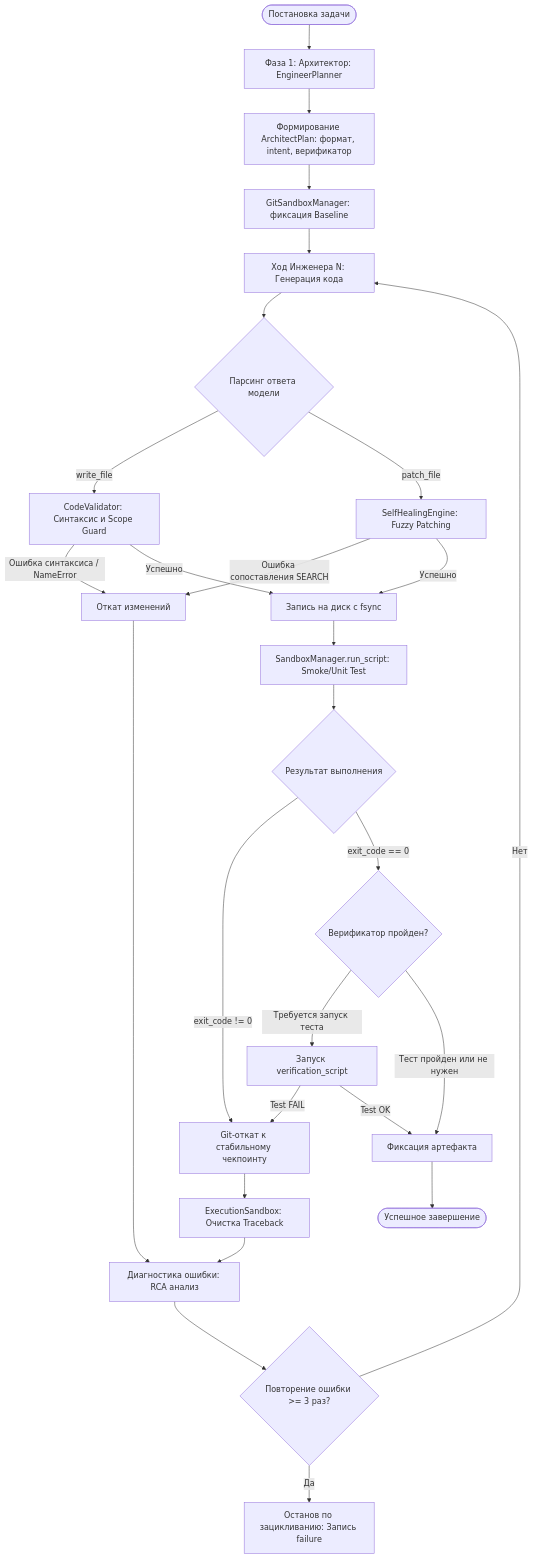
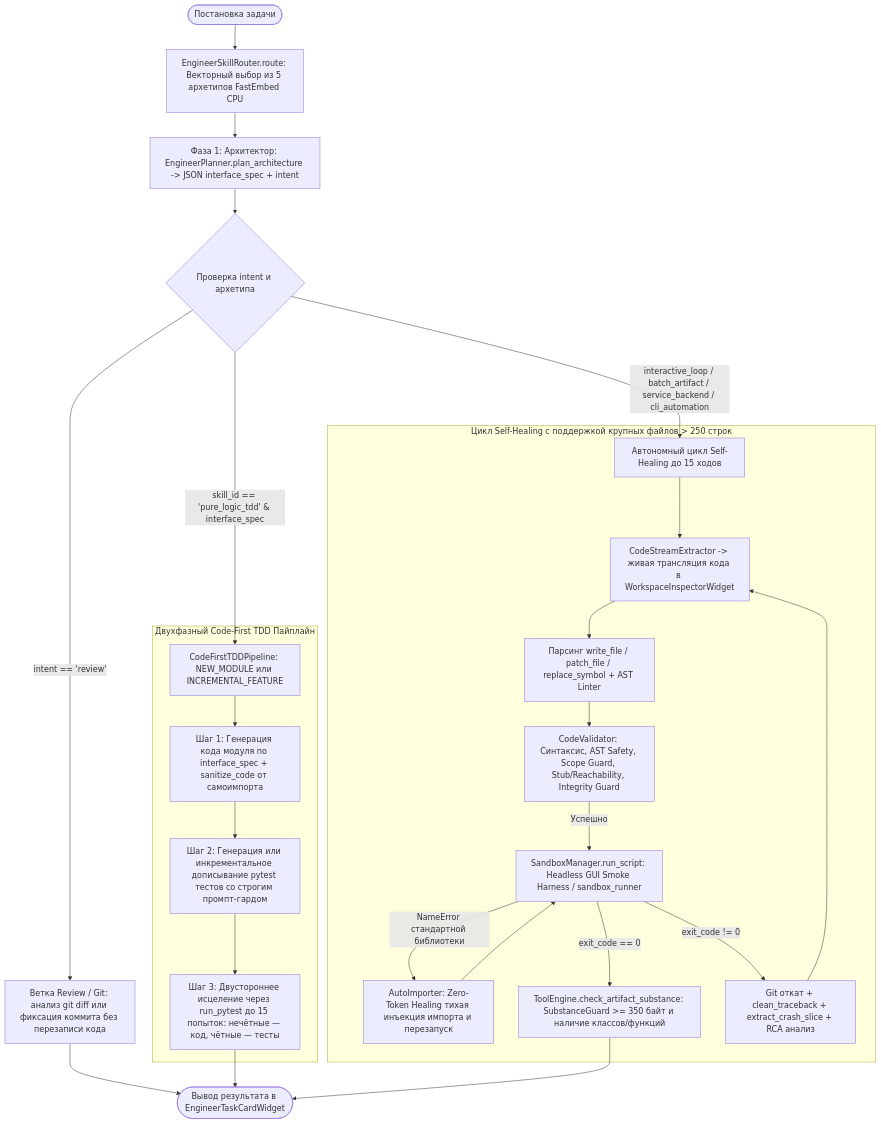
The fourth of 4 diagrams in knowledge_base/architecture.md (ZabotaOblizkih/NeonRoute), drawn with Mermaid before and after one commit. The commit also changed other lines of this file and 136 other files, not shown here.

````diff
--- a/knowledge_base/architecture.md
+++ b/knowledge_base/architecture.md
@@ -472,36 +522,32 @@
 ```mermaid
 flowchart TD
-    Start([Постановка задачи]) --> ArchPhase[Фаза 1: Архитектор: EngineerPlanner]
-    ArchPhase --> ArchPlan[Формирование ArchitectPlan: формат, intent, верификатор]
-    ArchPlan --> GitBase[GitSandboxManager: фиксация Baseline]
-    GitBase --> EngTurn[Ход Инженера N: Генерация кода]
-    
-    EngTurn --> ParseTool{Парсинг ответа модели}
-    ParseTool -->|write_file| SyntaxCheck[CodeValidator: Синтаксис и Scope Guard]
-    ParseTool -->|patch_file| PatchCheck[SelfHealingEngine: Fuzzy Patching]
-    
-    SyntaxCheck -->|Ошибка синтаксиса / NameError| Rollback1[Откат изменений]
-    PatchCheck -->|Ошибка сопоставления SEARCH| Rollback1
-    Rollback1 --> EnrichErr[Диагностика ошибки: RCA анализ]
-    EnrichErr --> LoopCheck{Повторение ошибки >= 3 раз?}
-    LoopCheck -->|Да| LoopHalt[Останов по зацикливанию: Запись failure]
-    LoopCheck -->|Нет| EngTurn
+    Start([Постановка задачи]) --> SkillRoute[EngineerSkillRouter.route: Векторный выбор из 5 архетипов FastEmbed CPU]
+    SkillRoute --> ArchPhase[Фаза 1: Архитектор: EngineerPlanner.plan_architecture -> JSON interface_spec + intent]
+    ArchPhase --> IntentCheck{Проверка intent и архетипа}
 
-    SyntaxCheck -->|Успешно| ApplyDisk[Запись на диск с fsync]
-    PatchCheck -->|Успешно| ApplyDisk
-    
-    ApplyDisk --> RunScript[SandboxManager.run_script: Smoke/Unit Test]
-    RunScript --> ExecResult{Результат выполнения}
-    
-    ExecResult -->|exit_code != 0| Rollback2[Git-откат к стабильному чекпоинту]
-    Rollback2 --> TracebackPrune[ExecutionSandbox: Очистка Traceback]
-    TracebackPrune --> EnrichErr
-    
-    ExecResult -->|exit_code == 0| VerifyContract{Верификатор пройден?}
-    VerifyContract -->|Требуется запуск теста| RunTest[Запуск verification_script]
-    RunTest -->|Test FAIL| Rollback2
-    RunTest -->|Test OK| FinalArtifact[Фиксация артефакта]
-    VerifyContract -->|Тест пройден или не нужен| FinalArtifact
-    
-    FinalArtifact --> Done([Успешное завершение])
+    IntentCheck -->|intent == 'review'| ReviewBranch[Ветка Review / Git: анализ git diff или фиксация коммита без перезаписи кода]
+    IntentCheck -->|skill_id == 'pure_logic_tdd' & interface_spec| TDDBranch[CodeFirstTDDPipeline: NEW_MODULE или INCREMENTAL_FEATURE]
+    IntentCheck -->|interactive_loop / batch_artifact / service_backend / cli_automation| LoopBranch[Автономный цикл Self-Healing до 15 ходов]
+
+    subgraph TDD [Двухфазный Code-First TDD Пайплайн]
+        TDDBranch --> TDDStep1[Шаг 1: Генерация кода модуля по interface_spec + sanitize_code от самоимпорта]
+        TDDStep1 --> TDDStep2[Шаг 2: Генерация или инкрементальное дописывание pytest тестов со строгим промпт-гардом]
+        TDDStep2 --> TDDHeal[Шаг 3: Двустороннее исцеление через run_pytest до 15 попыток: нечётные — код, чётные — тесты]
+    end
+
+    subgraph SelfHealing [Цикл Self-Healing с поддержкой крупных файлов > 250 строк]
+        LoopBranch --> StreamUI[CodeStreamExtractor -> живая трансляция кода в WorkspaceInspectorWidget]
+        StreamUI --> ToolParse[Парсинг write_file / patch_file / replace_symbol + AST Linter]
+        ToolParse --> CodeVal[CodeValidator: Синтаксис, AST Safety, Scope Guard, Stub/Reachability, Integrity Guard]
+        CodeVal -->|Успешно| RunExec[SandboxManager.run_script: Headless GUI Smoke Harness / sandbox_runner]
+        RunExec -->|NameError стандартной библиотеки| AutoImp[AutoImporter: Zero-Token Healing тихая инъекция импорта и перезапуск]
+        AutoImp --> RunExec
+        RunExec -->|exit_code == 0| SubstGuard[ToolEngine.check_artifact_substance: SubstanceGuard >= 350 байт и наличие классов/функций]
+        RunExec -->|exit_code != 0| GitRB[Git откат + clean_traceback + extract_crash_slice + RCA анализ]
+        GitRB --> StreamUI
+    end
+
+    ReviewBranch --> Done([Вывод результата в EngineerTaskCardWidget])
+    TDDHeal --> Done
+    SubstGuard --> Done
 ```
````
